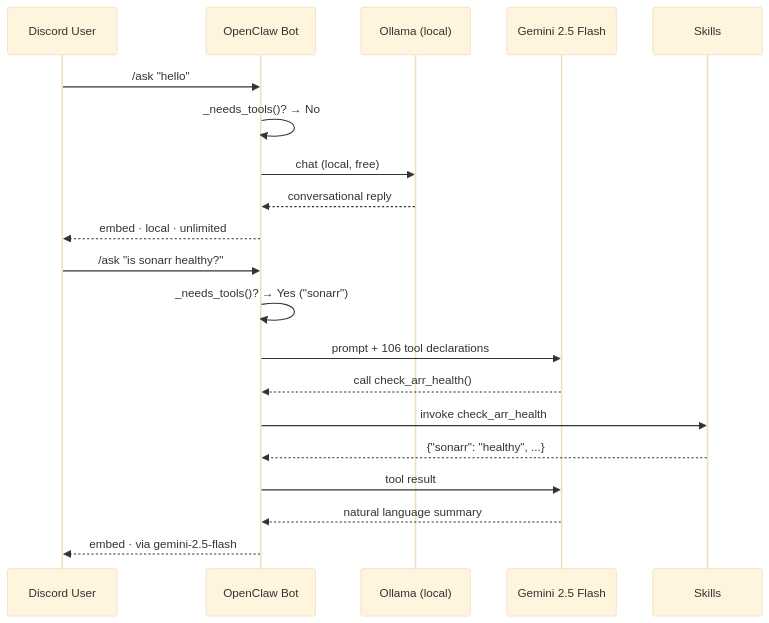
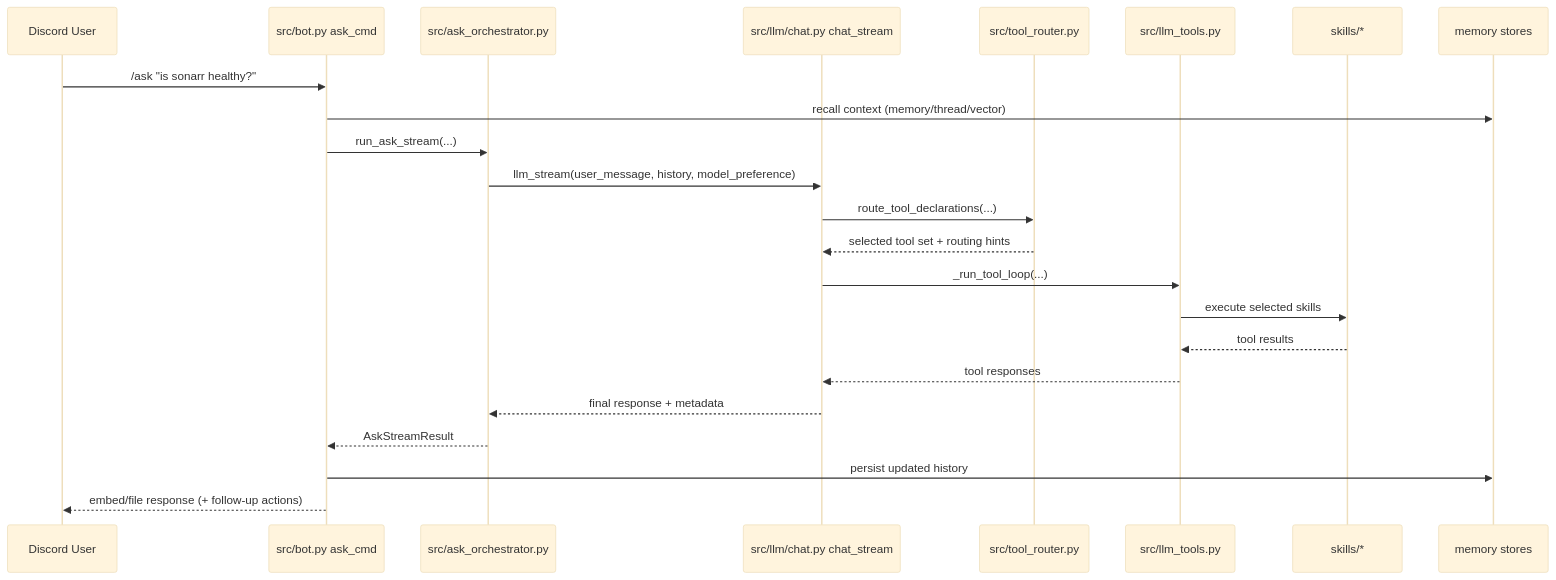
One commit to DaveVoyles/openclaw-on-mac-mini changed the second of 4 diagrams in README.md. Above: the diagram before and after it, drawn with Mermaid (base theme). The commit also changed other lines of this file and 92 other files, not shown here.

````diff
--- a/README.md
+++ b/README.md
@@ -664,24 +660,26 @@
 ```mermaid
 sequenceDiagram
     participant U as Discord User
-    participant B as OpenClaw Bot
-    participant O as Ollama (local)
-    participant G as Gemini 2.5 Flash
-    participant S as Skills
-
-    U->>B: /ask "hello"
-    B->>B: _needs_tools()? → No
-    B->>O: chat (local, free)
-    O-->>B: conversational reply
-    B-->>U: embed · local · unlimited
+    participant B as src/bot.py ask_cmd
+    participant O as src/ask_orchestrator.py
+    participant L as src/llm/chat.py chat_stream
+    participant R as src/tool_router.py
+    participant T as src/llm_tools.py
+    participant S as skills/*
+    participant M as memory stores
 
     U->>B: /ask "is sonarr healthy?"
-    B->>B: _needs_tools()? → Yes ("sonarr")
-    B->>G: prompt + 106 tool declarations
-    G-->>B: call check_arr_health()
-    B->>S: invoke check_arr_health
-    S-->>B: {"sonarr": "healthy", ...}
-    B->>G: tool result
-    G-->>B: natural language summary
-    B-->>U: embed · via gemini-2.5-flash
+    B->>M: recall context (memory/thread/vector)
+    B->>O: run_ask_stream(...)
+    O->>L: llm_stream(user_message, history, model_preference)
+    L->>R: route_tool_declarations(...)
+    R-->>L: selected tool set + routing hints
+    L->>T: _run_tool_loop(...)
+    T->>S: execute selected skills
+    S-->>T: tool results
+    T-->>L: tool responses
+    L-->>O: final response + metadata
+    O-->>B: AskStreamResult
+    B->>M: persist updated history
+    B-->>U: embed/file response (+ follow-up actions)
 ```
````
